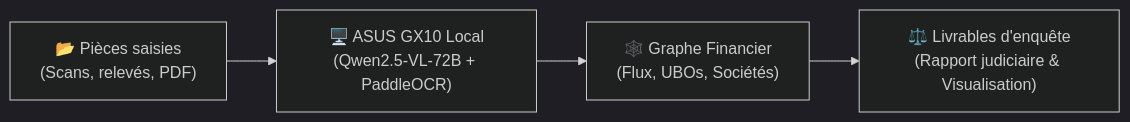
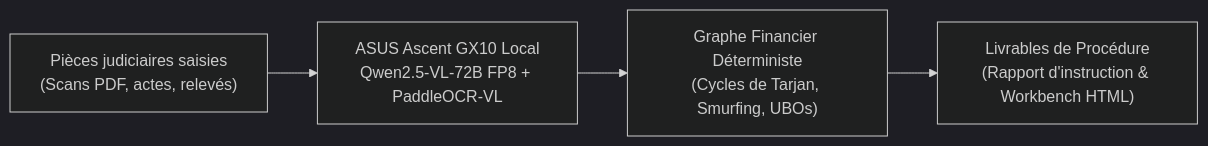
One commit to AdrienSkr/fin-enclave changed the diagram in README.md. Above: the diagram before and after it, drawn with Mermaid (dark theme). The commit also changed other lines of this file and 567 other files, not shown here.

````diff
--- a/README.md
+++ b/README.md
@@ -20,6 +26,6 @@
 ```mermaid
 flowchart LR
-    A["📂 Pièces saisies<br/>(Scans, relevés, PDF)"] --> B["🖥️ ASUS GX10 Local<br/>(Qwen2.5-VL-72B + PaddleOCR)"]
-    B --> C["🕸️ Graphe Financier<br/>(Flux, UBOs, Sociétés)"]
-    C --> D["⚖️ Livrables d'enquête<br/>(Rapport judiciaire & Visualisation)"]
+    A["Pièces judiciaires saisies<br/>(Scans PDF, actes, relevés)"] --> B["ASUS Ascent GX10 Local<br/>Qwen2.5-VL-72B FP8 + PaddleOCR-VL"]
+    B --> C["Graphe Financier Déterministe<br/>(Cycles de Tarjan, Smurfing, UBOs)"]
+    C --> D["Livrables de Procédure<br/>(Rapport d'instruction & Workbench HTML)"]
 ```
````
